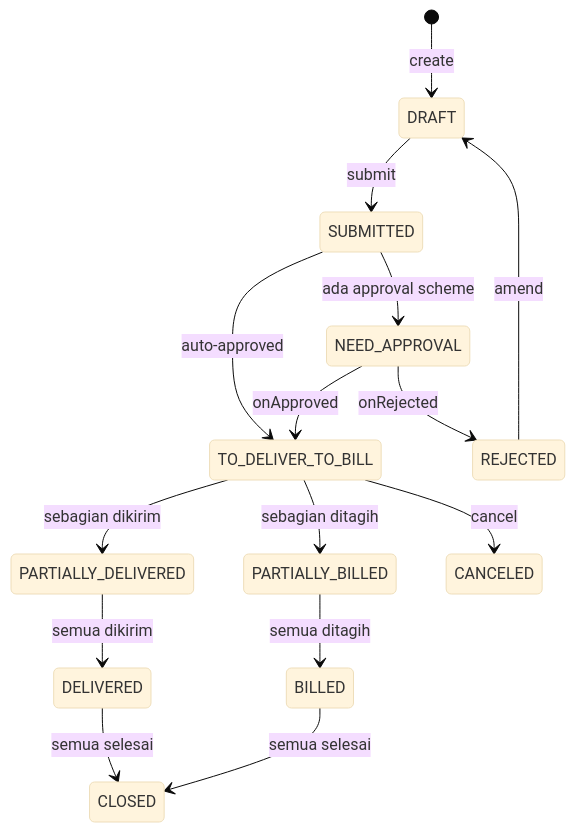
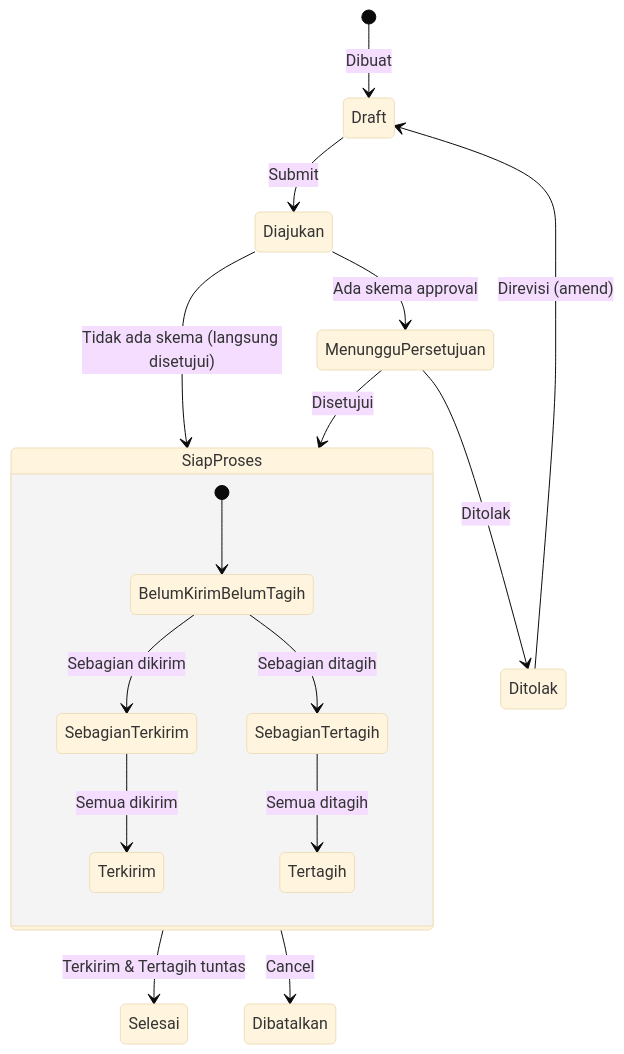
The second of 6 diagrams in docs/modules/sales.md (RimbunCode/erp_pataya), drawn with Mermaid (base theme) before and after one commit. The commit also changed other lines of this file and 14 other files, not shown here.

````diff
--- a/docs/modules/sales.md
+++ b/docs/modules/sales.md
@@ -113,17 +114,21 @@
 ```mermaid
 stateDiagram-v2
-    [*] --> DRAFT: create
-    DRAFT --> SUBMITTED: submit
-    SUBMITTED --> NEED_APPROVAL: ada approval scheme
-    SUBMITTED --> TO_DELIVER_TO_BILL: auto-approved
-    NEED_APPROVAL --> TO_DELIVER_TO_BILL: onApproved
-    NEED_APPROVAL --> REJECTED: onRejected
-    REJECTED --> DRAFT: amend
-    TO_DELIVER_TO_BILL --> PARTIALLY_DELIVERED: sebagian dikirim
-    PARTIALLY_DELIVERED --> DELIVERED: semua dikirim
-    TO_DELIVER_TO_BILL --> PARTIALLY_BILLED: sebagian ditagih
-    PARTIALLY_BILLED --> BILLED: semua ditagih
-    DELIVERED --> CLOSED: semua selesai
-    BILLED --> CLOSED: semua selesai
-    TO_DELIVER_TO_BILL --> CANCELED: cancel
+    [*] --> Draft: Dibuat
+    Draft --> Diajukan: Submit
+    Diajukan --> MenungguPersetujuan: Ada skema approval
+    Diajukan --> SiapProses: Tidak ada skema (langsung disetujui)
+    MenungguPersetujuan --> SiapProses: Disetujui
+    MenungguPersetujuan --> Ditolak: Ditolak
+    Ditolak --> Draft: Direvisi (amend)
+
+    state SiapProses {
+        [*] --> BelumKirimBelumTagih
+        BelumKirimBelumTagih --> SebagianTerkirim: Sebagian dikirim
+        SebagianTerkirim --> Terkirim: Semua dikirim
+        BelumKirimBelumTagih --> SebagianTertagih: Sebagian ditagih
+        SebagianTertagih --> Tertagih: Semua ditagih
+    }
+
+    SiapProses --> Selesai: Terkirim & Tertagih tuntas
+    SiapProses --> Dibatalkan: Cancel
 ```
````
